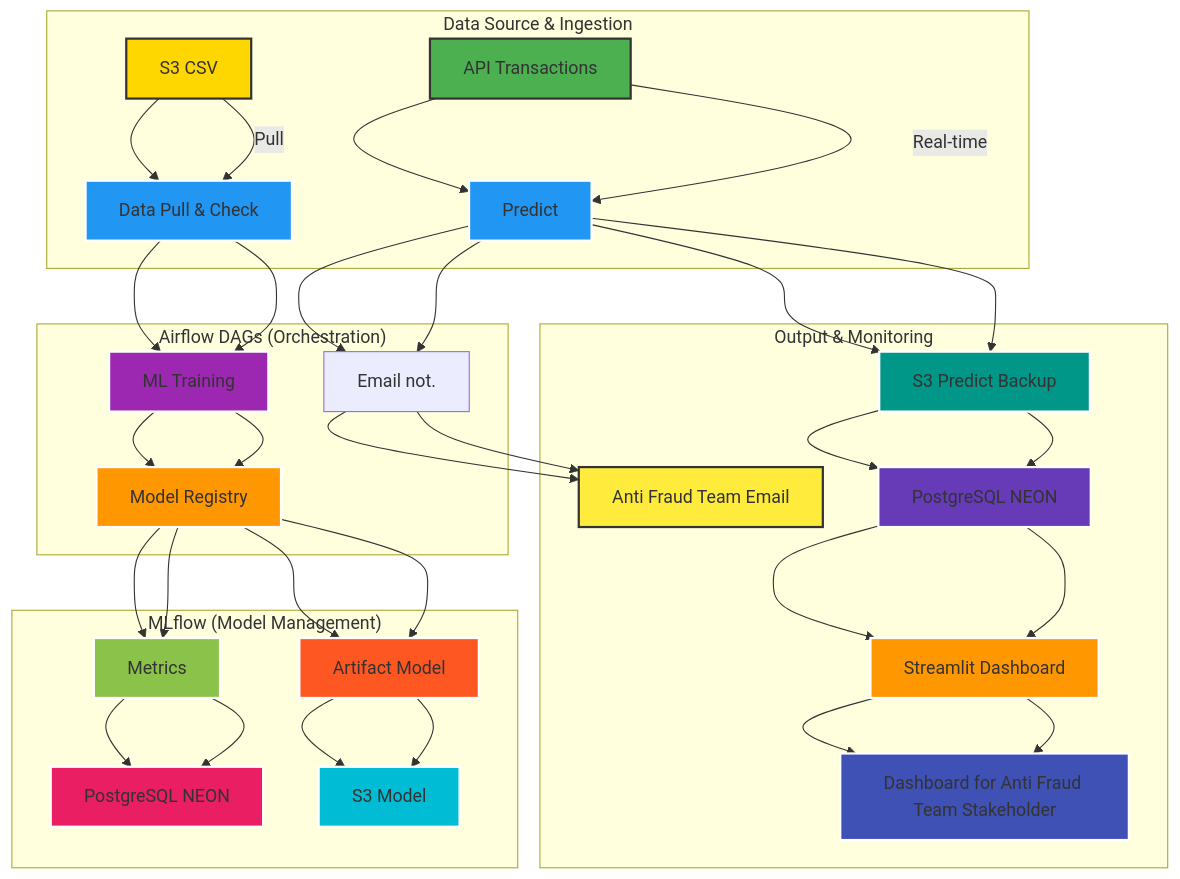
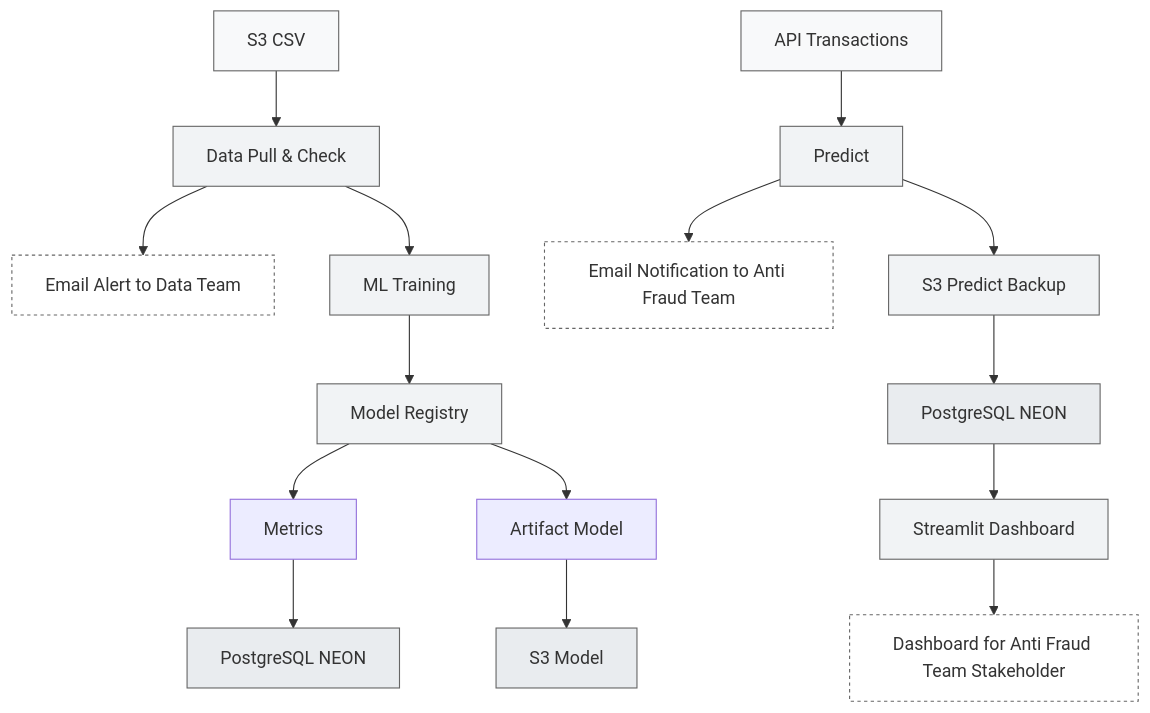
One commit to eric-nguyen-jedha/AIA changed the diagram in BLOC_03/README.md. Above: the diagram before and after it, drawn with Mermaid. The commit also changed other lines of this file, not shown here.

````diff
--- a/BLOC_03/README.md
+++ b/BLOC_03/README.md
@@ -13,89 +13,38 @@
 ```mermaid
 graph TD
-    subgraph "Data Source & Ingestion"
-        A[S3 CSV] -->|Pull| B[Data Pull & Check]
-        C[API Transactions] -->|Real-time| D[Predict]
-    end
+    %% === Sources de données ===
+    A[S3 CSV] --> B[Data Pull & Check]
+    C[API Transactions] --> D[Predict]
 
-    subgraph "Airflow DAGs (Orchestration)"
-        B[Data Pull & Check] --> E[ML Training]
-        E --> F[Model Registry]
-        D --> G[Email not.]
-    end
+    %% === Nouvelle notification : Data Team ===
+    B --> E[Email Alert to Data Team]
 
-    subgraph "MLflow (Model Management)"
-        F[Model Registry] --> H[Metrics]
-        F --> I[Artifact Model]
-        H --> J[PostgreSQL NEON]
-        I --> K[S3 Model]
-    end
+    %% === Orchestration Airflow ===
+    B --> F[ML Training]
+    F --> G[Model Registry]
+    D --> H[Email Notification to Anti Fraud Team]
 
-    subgraph "Output & Monitoring"
-        G --> L[Anti Fraud Team Email]
-        D --> M[S3 Predict Backup]
-        M --> N[PostgreSQL NEON]
-        N --> O[Streamlit Dashboard]
-        O --> P[Dashboard for Anti Fraud Team Stakeholder]
-    end
+    %% === MLflow ===
+    G --> I[Metrics]
+    G --> J[Artifact Model]
+    I --> K[PostgreSQL NEON]
+    J --> L[S3 Model]
 
-    %% Connexions externes
-    style A fill:#FFD700,stroke:#333
-    style C fill:#4CAF50,stroke:#333
-    style B fill:#2196F3,stroke:#fff
-    style D fill:#2196F3,stroke:#fff
-    style E fill:#9C27B0,stroke:#fff
-    style F fill:#FF9800,stroke:#fff
-    style H fill:#8BC34A,stroke:#fff
-    style I fill:#FF5722,stroke:#fff
-    style J fill:#E91E63,stroke:#fff
-    style K fill:#00BCD4,stroke:#fff
-    style L fill:#FFEB3B,stroke:#333
-    style M fill:#009688,stroke:#fff
-    style N fill:#673AB7,stroke:#fff
-    style O fill:#FF9800,stroke:#fff
-    style P fill:#3F51B5,stroke:#fff
+    %% === Sauvegarde & Monitoring ===
+    D --> M[S3 Predict Backup]
+    M --> N[PostgreSQL NEON]
+    N --> O[Streamlit Dashboard]
+    O --> P[Dashboard for Anti Fraud Team Stakeholder]
 
-    %% Flèches
-    A --> B
-    C --> D
-    B --> E
-    E --> F
-    F --> H
-    F --> I
-    H --> J
-    I --> K
-    D --> G
-    G --> L
-    D --> M
-    M --> N
-    N --> O
-    O --> P
+    %% === Styles sobres en gris ===
+    classDef source fill:#f8f9fa,stroke:#666;
+    classDef process fill:#f1f3f5,stroke:#666;
+    classDef storage fill:#e9ecef,stroke:#666;
+    classDef notification fill:#ffffff,stroke:#666,stroke-dasharray: 3 3;
 
-    %% Labels
-    A:::data-source
-    C:::api-source
-    B:::airflow-task
-    D:::airflow-task
-    E:::airflow-task
-    F:::mlflow-component
-    H:::mlflow-component
-    I:::mlflow-component
-    J:::storage
-    K:::storage
-    L:::notification
-    M:::backup
-    N:::storage
-    O:::dashboard
-    P:::stakeholder
-
-    classDef data-source fill:#FFD700,stroke:#333,stroke-width:2px
-    classDef api-source fill:#4CAF50,stroke:#333,stroke-width:2px
-    classDef airflow-task fill:#2196F3,stroke:#fff,stroke-width:2px
-    classDef mlflow-component fill:#FF9800,stroke:#fff,stroke-width:2px
-    classDef storage fill:#673AB7,stroke:#fff,stroke-width:2px
-    classDef notification fill:#FFEB3B,stroke:#333,stroke-width:2px
-    classDef backup fill:#009688,stroke:#fff,stroke-width:2px
-    classDef dashboard fill:#FF9800,stroke:#fff,stroke-width:2px
-    classDef stakeholder fill:#3F51B5,stroke:#fff,stroke-width:2px
+    class A,C source
+    class B,D,F,G,H,E,M,O process
+    class K,L,N storage
+    class H,E,P notification
 
 ```
````
